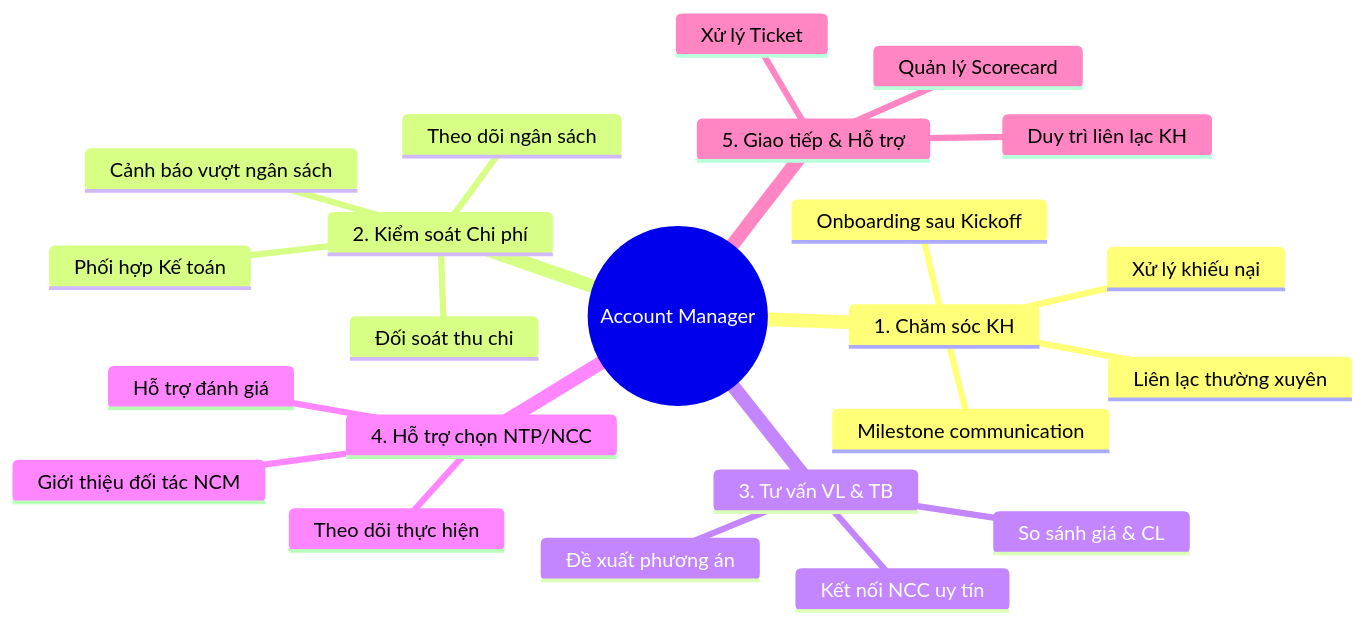
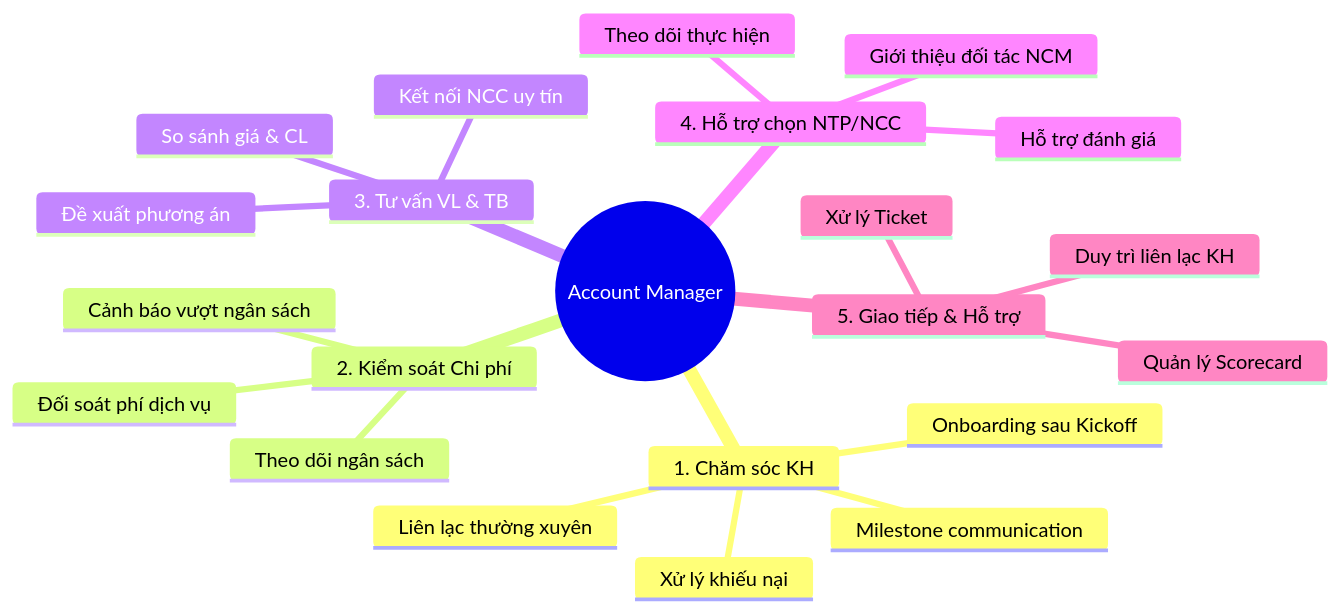
The diagram in 02-ACCOUNT/vai-tro-trach-nhiem.md (namdh9939/SOP-QLDA-TLXN), drawn with Mermaid before and after one commit. The commit also changed other lines of this file and 2 other files, not shown here.

Commit message:
Fix(SOP): address 4 issues (Zalo group by sale, Phase 4 comms 1/week, Ke toan only service fee, fix mermaid)

````diff
--- a/02-ACCOUNT/vai-tro-trach-nhiem.md
+++ b/02-ACCOUNT/vai-tro-trach-nhiem.md
@@ -20,26 +20,25 @@
 ```mermaid
 mindmap
   root((Account Manager))
     1. Chăm sóc KH
       Onboarding sau Kickoff
       Liên lạc thường xuyên
       Xử lý khiếu nại
       Milestone communication
     2. Kiểm soát Chi phí
       Theo dõi ngân sách
-      Đối soát thu chi
       Cảnh báo vượt ngân sách
-      Phối hợp Kế toán
+      Đối soát phí dịch vụ
     3. Tư vấn VL & TB
       Đề xuất phương án
       So sánh giá & CL
       Kết nối NCC uy tín
     4. Hỗ trợ chọn NTP/NCC
       Giới thiệu đối tác NCM
       Hỗ trợ đánh giá
       Theo dõi thực hiện
     5. Giao tiếp & Hỗ trợ
       Xử lý Ticket
       Quản lý Scorecard
       Duy trì liên lạc KH
 ```
````
